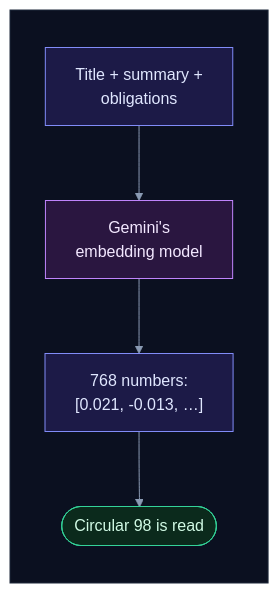
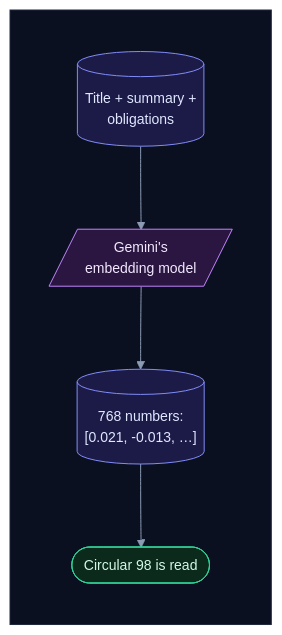
Before and after one commit to selvakumarperumal/Regulatory_Circular_Impact_Agent: the tenth of 57 diagrams in how_it_works.md, drawn with Mermaid. The commit also changed other lines of this file and 5 other files, not shown here.

Commit message:
Give the docs' flowcharts a shape per kind of part, more room and slightly smaller text

````diff
--- a/how_it_works.md
+++ b/how_it_works.md
@@ -577,24 +577,24 @@
 ```mermaid
-%%{init: {"theme": "base", "flowchart": {"diagramPadding": 0}, "themeVariables": {"darkMode": true, "primaryColor": "#16213a", "primaryTextColor": "#e6edf7", "primaryBorderColor": "#475a7a", "lineColor": "#8b9bb4", "secondaryColor": "#1b2436", "tertiaryColor": "#101a2e", "edgeLabelBackground": "#0f172a", "textColor": "#e2e8f0", "clusterBkg": "#0f1728", "clusterBorder": "#2b3a55", "titleColor": "#c4b5fd", "nodeTextColor": "#e6edf7"}}}%%
+%%{init: {"theme": "base", "flowchart": {"diagramPadding": 0, "nodeSpacing": 58, "rankSpacing": 58, "curve": "basis"}, "themeVariables": {"fontSize": "14px", "darkMode": true, "primaryColor": "#16213a", "primaryTextColor": "#e6edf7", "primaryBorderColor": "#475a7a", "lineColor": "#8b9bb4", "secondaryColor": "#1b2436", "tertiaryColor": "#101a2e", "edgeLabelBackground": "#0f172a", "textColor": "#e2e8f0", "clusterBkg": "#0f1728", "clusterBorder": "#2b3a55", "titleColor": "#c4b5fd", "nodeTextColor": "#e6edf7"}}}%%
 flowchart TD
     subgraph canvas[" "]
         direction TB
-        s["Title + summary +<br/>obligations"] --> g["Gemini's<br/>embedding model"]
-        g --> e["768 numbers:<br/>[0.021, -0.013, …]"]
+        s[("Title + summary +<br/>obligations")] --> g[/"Gemini's<br/>embedding model"/]
+        g --> e[("768 numbers:<br/>[0.021, -0.013, …]")]
         e --> r(["Circular 98 is read"])
     end
     classDef svc fill:#0e2a2c,stroke:#2dd4bf,color:#ccfbf1
     classDef data fill:#1c1a47,stroke:#818cf8,color:#e0e7ff
     classDef ext fill:#2a1640,stroke:#c084fc,color:#f3e8ff
     classDef gpu fill:#2d1b0c,stroke:#fb923c,color:#ffedd5
     classDef ask fill:#2a2410,stroke:#fbbf24,color:#fef3c7
     classDef ok fill:#0b2a1c,stroke:#34d399,color:#d1fae5
     classDef bad fill:#2e0f17,stroke:#fb7185,color:#ffe4e6
     classDef start fill:#1c2a0e,stroke:#a7ef6f,color:#ecfccb
     classDef muted fill:#1a2130,stroke:#64748b,color:#cbd5e1
     classDef queue fill:#0c2231,stroke:#38bdf8,color:#e0f2fe
     class s,e data
     class g ext
     class r ok
     style canvas fill:#0b1020,stroke:#1e293b,color:#0b1020
 ```
````
